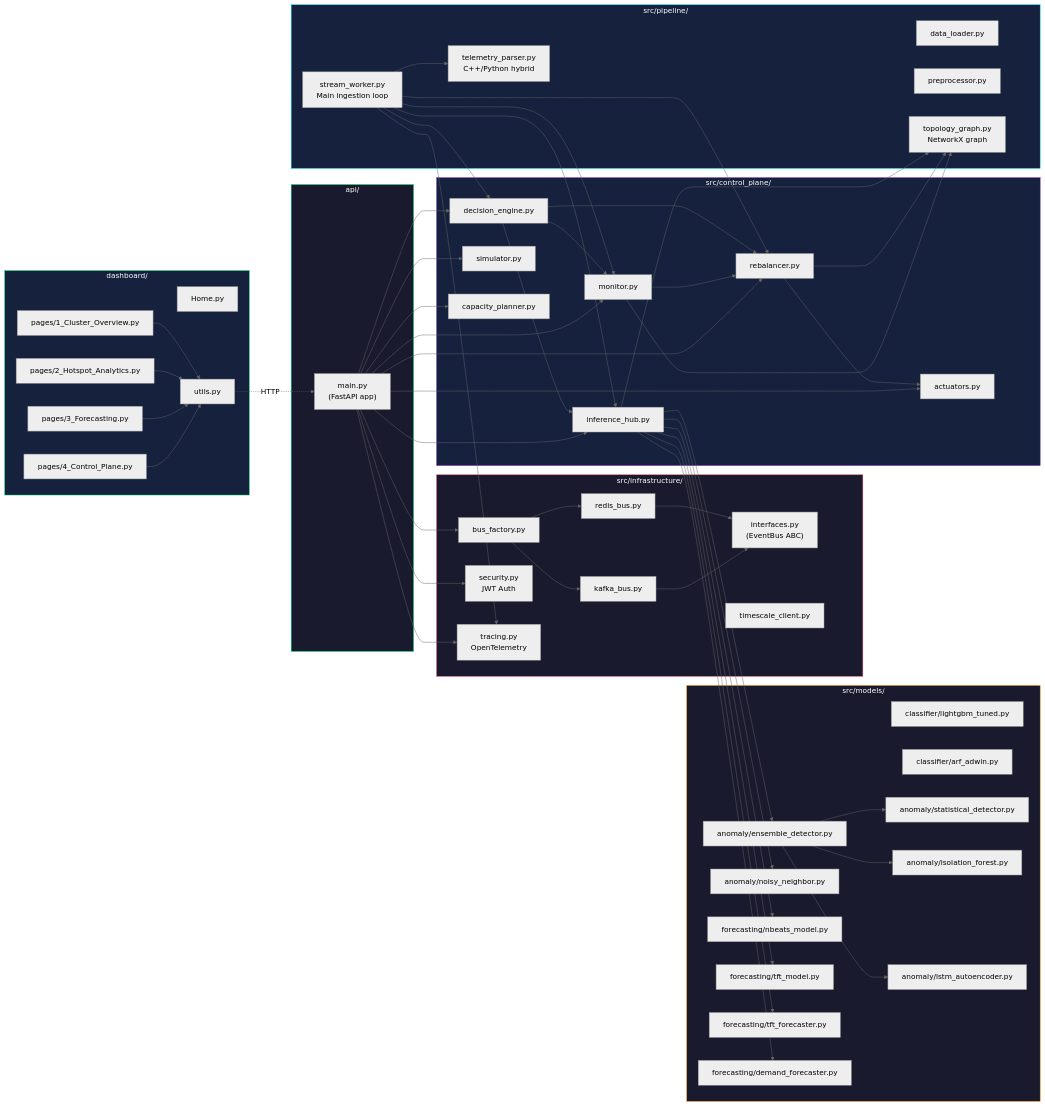
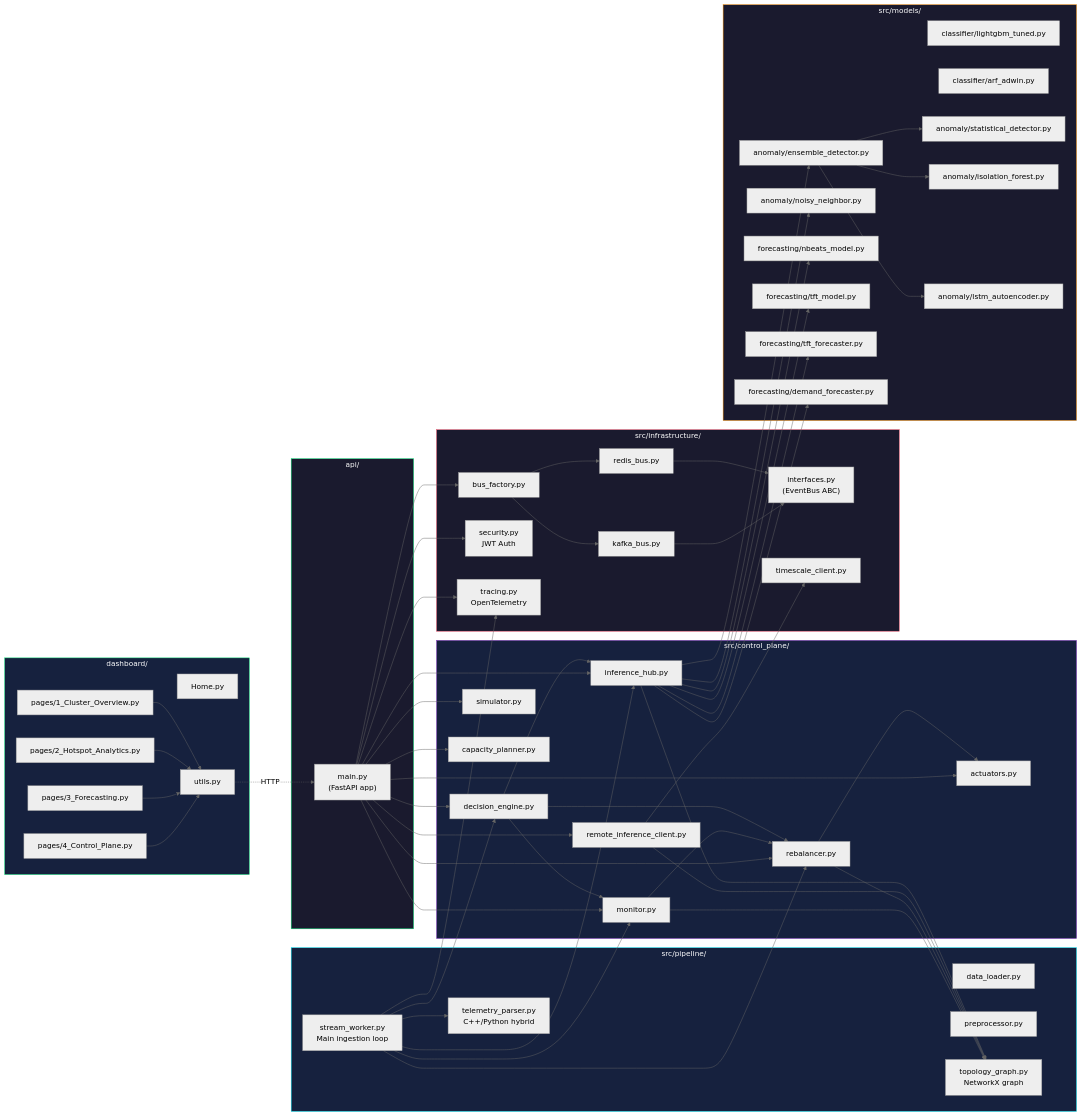
One commit to hpe-cpp2026-vit-vellore/IO-Workload-Pattern-Classification-Hotspot-Detection changed the tenth of 10 diagrams in project_architecture_diagrams.md. Above: the diagram before and after it, drawn with Mermaid (neutral theme). The commit also changed other lines of this file, not shown here.

Commit message:
docs: align system architecture diagrams with implementation details Updates project_architecture_diagrams.md to resolve all omissions, mismatches, and incomplete file lists found during codebase

```diff
--- a/project_architecture_diagrams.md
+++ b/project_architecture_diagrams.md
@@ -461,6 +534,7 @@
 
     subgraph ControlPlane["src/control_plane/"]
         IHB["inference_hub.py"]
+        RIC["remote_inference_client.py"]
         DEN["decision_engine.py"]
         RBL["rebalancer.py"]
         MON["monitor.py"]
@@ -504,6 +578,8 @@
     IHB --> TFM
     IHB --> TFF
     IHB --> DMF
+    RIC --> TG
+    RIC --> TC
     DEN --> IHB
     DEN --> RBL
     DEN --> MON
@@ -519,6 +595,7 @@
 
     %% API deps
     APM --> IHB
+    APM --> RIC
     APM --> DEN
     APM --> MON
     APM --> RBL
```
